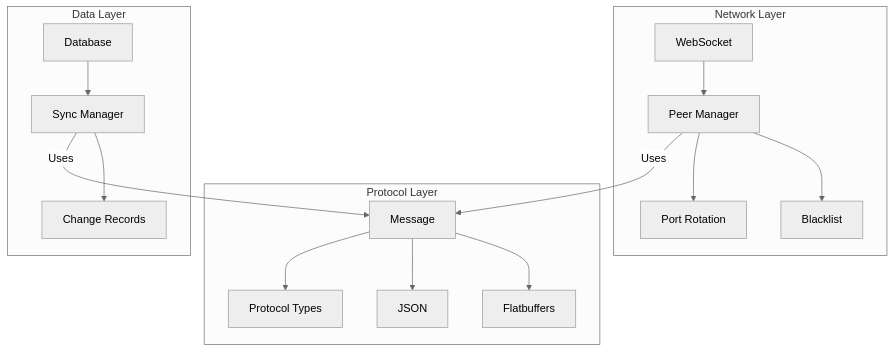
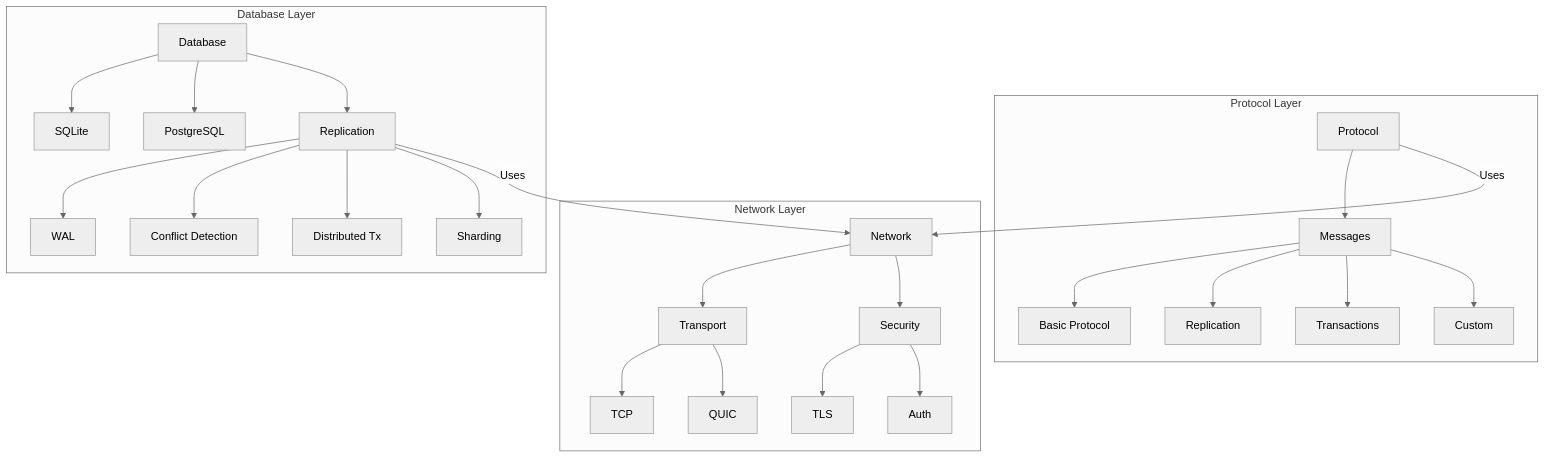
One commit to Nickel5-Inc/mycelium changed the first of 5 diagrams in ARCHITECTURE.md. Above: the diagram before and after it, drawn with Mermaid (neutral theme). The commit also changed other lines of this file and 125 other files, not shown here.

````diff
--- a/ARCHITECTURE.md
+++ b/ARCHITECTURE.md
@@ -44,22 +79,32 @@
 ```mermaid
 graph TB
-    subgraph "Protocol Layer"
-        M[Message] --> FB[Flatbuffers]
-        M --> JSON[JSON]
-        M --> Types[Protocol Types]
+    subgraph "Network Layer"
+        N[Network] --> T[Transport]
+        T --> TCP[TCP]
+        T --> QUIC[QUIC]
+        N --> S[Security]
+        S --> TLS[TLS]
+        S --> Auth[Auth]
     end
 
-    subgraph "Network Layer"
-        WS[WebSocket] --> P[Peer Manager]
-        P --> BL[Blacklist]
-        P --> PR[Port Rotation]
+    subgraph "Protocol Layer"
+        P[Protocol] --> M[Messages]
+        M --> Basic[Basic Protocol]
+        M --> Repl[Replication]
+        M --> Trans[Transactions]
+        M --> Custom[Custom]
     end
 
-    subgraph "Data Layer"
-        DB[Database] --> SM[Sync Manager]
-        SM --> CR[Change Records]
+    subgraph "Database Layer"
+        D[Database] --> SQLite
+        D --> PostgreSQL
+        D --> R[Replication]
+        R --> WAL[WAL]
+        R --> CD[Conflict Detection]
+        R --> DT[Distributed Tx]
+        R --> SH[Sharding]
     end
 
-    P -->|Uses| M
-    SM -->|Uses| M
+    P -->|Uses| N
+    R -->|Uses| N
 ```
````
